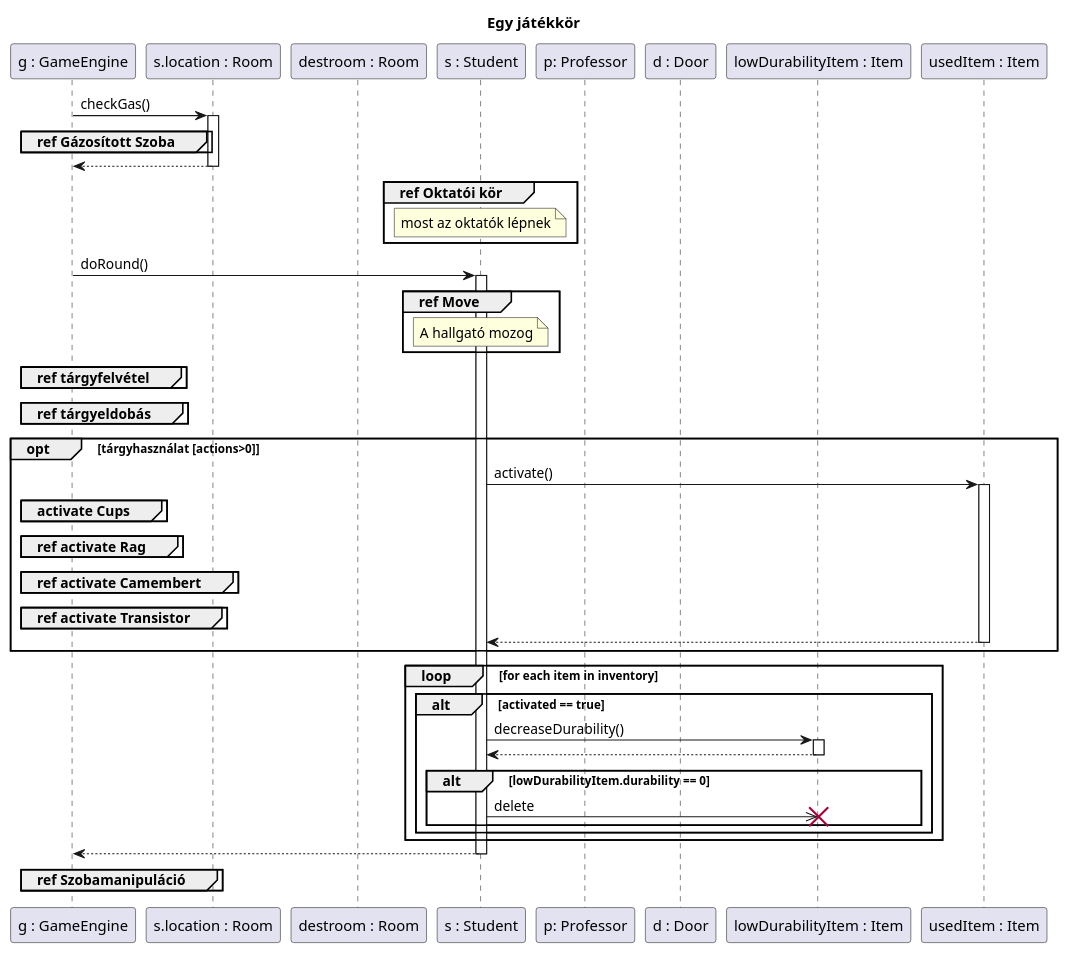
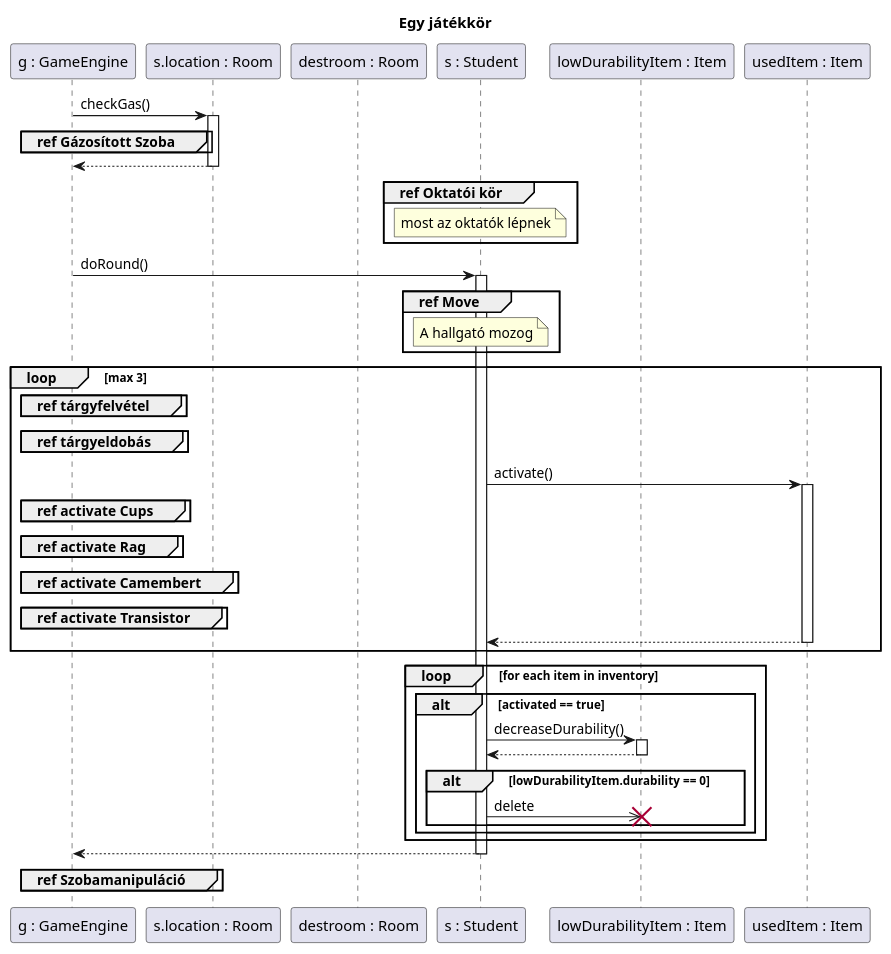
One commit to kipolaris/skyrimscriptsuttogok changed the diagram in diagramms/src/game_round.puml. Above: the diagram before and after it, drawn with PlantUML. The commit also changed 27 other files, not shown here.

Commit message:
finished fixing sequence diagrams based on labvez opinion

```diff
--- a/diagramms/src/game_round.puml
+++ b/diagramms/src/game_round.puml
@@ -1,72 +1,71 @@
 @startuml Round
 
 title Egy játékkör
 
 participant "g : GameEngine" as g
 participant "s.location : Room" as sz
 participant "destroom : Room" as dsz
 participant "s : Student" as h
-participant "p: Professor" as okt
-participant "d : Door" as a
 participant "lowDurabilityItem : Item" as t2
 participant "usedItem : Item" as t
 
 g->sz ++: checkGas()
 group ref Gázosított Szoba
 end
 sz-->g --:
 
 group ref Oktatói kör
     note over h: most az oktatók lépnek
 end
 
 g -> h ++: doRound()
 
 group ref Move
 note over h : A hallgató mozog
 end
 
 
 
-group ref tárgyfelvétel
-end
+loop  max 3
 
-group ref tárgyeldobás
-end
+    group ref tárgyfelvétel
+    end
 
-opt tárgyhasználat [actions>0]
+    group ref tárgyeldobás
+    end
+
     h->t ++: activate()
 
     
-        group activate Cups
+        group ref activate Cups
         end
 
         group ref activate Rag
         end
 
         group ref activate Camembert
         end
 
         group ref activate Transistor
         end
 
     t-->h --:
 
 end
 
 loop for each item in inventory
     alt activated == true
         h->t2 ++: decreaseDurability()
         return
 
         alt lowDurabilityItem.durability == 0
             h->>t2 !!: delete
         end
     end
 end
 
 h-->g --:
 
 group ref Szobamanipuláció
 end
 @enduml
```
